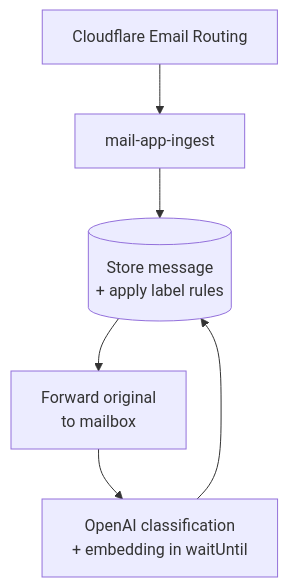
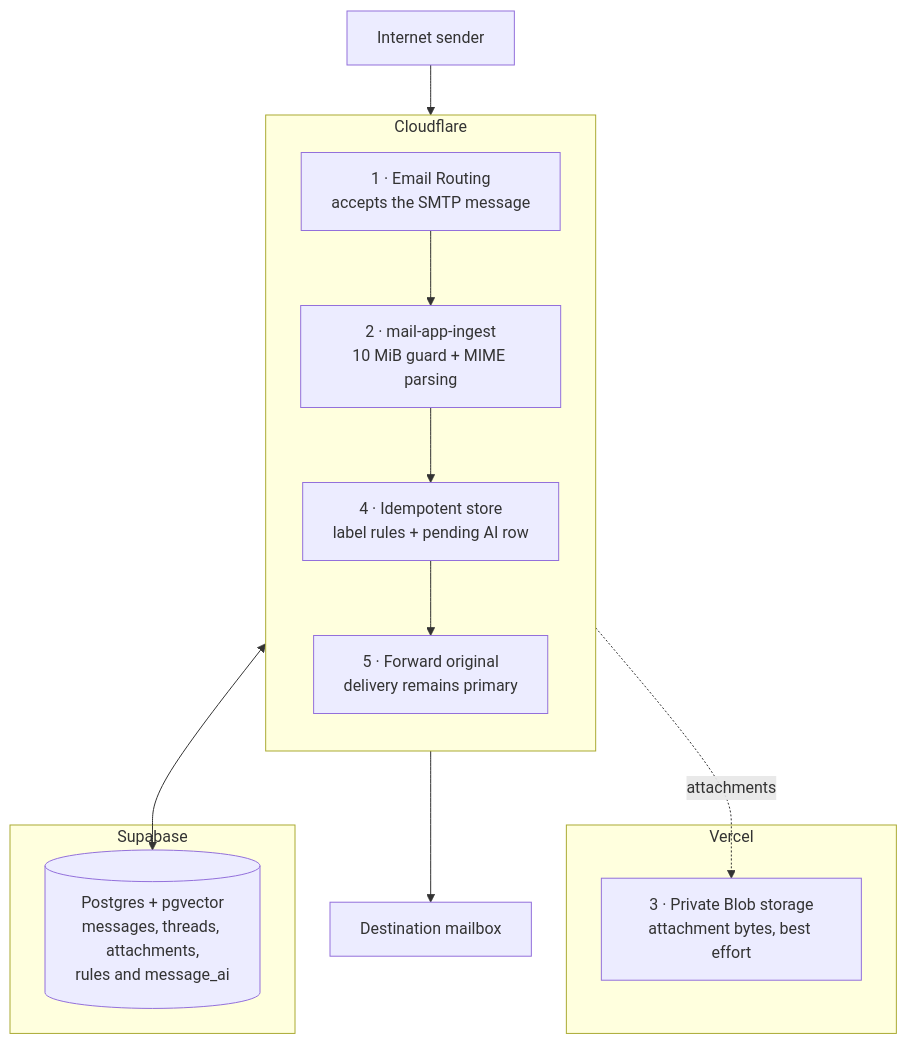
Before and after one commit to allistera/Cookie-Docs: the third of 7 diagrams in docs/01-architecture.mdx, drawn with Mermaid. The commit also changed other lines of this file and 3 other files, not shown here.

Commit message:
docs: add docs component and mail flow

````diff
--- a/docs/01-architecture.mdx
+++ b/docs/01-architecture.mdx
@@ -46,8 +49,29 @@
 ```mermaid
 flowchart TB
-    Routing["Cloudflare Email Routing"] --> Ingest["mail-app-ingest"]
-    Ingest --> DB[("Store message<br/>+ apply label rules")]
-    DB --> Forward["Forward original<br/>to mailbox"]
-    Forward --> AI["OpenAI classification<br/>+ embedding in waitUntil"]
-    AI --> DB
+    Sender["Internet sender"]
+
+    subgraph CF["Cloudflare"]
+        direction TB
+        Routing["1 · Email Routing<br/>accepts the SMTP message"]
+        Worker["2 · mail-app-ingest<br/>10 MiB guard + MIME parsing"]
+        Store["4 · Idempotent store<br/>label rules + pending AI row"]
+        Forward["5 · Forward original<br/>delivery remains primary"]
+
+        Routing --> Worker --> Store --> Forward
+    end
+
+    subgraph Vercel["Vercel"]
+        Blob["3 · Private Blob storage<br/>attachment bytes, best effort"]
+    end
+
+    subgraph Supabase["Supabase"]
+        DB[("Postgres + pgvector<br/>messages, threads, attachments,<br/>rules and message_ai")]
+    end
+
+    Mailbox["Destination mailbox"]
+
+    Sender --> Routing
+    Worker -. attachments .-> Blob
+    Store <--> DB
+    Forward --> Mailbox
 ```
````
